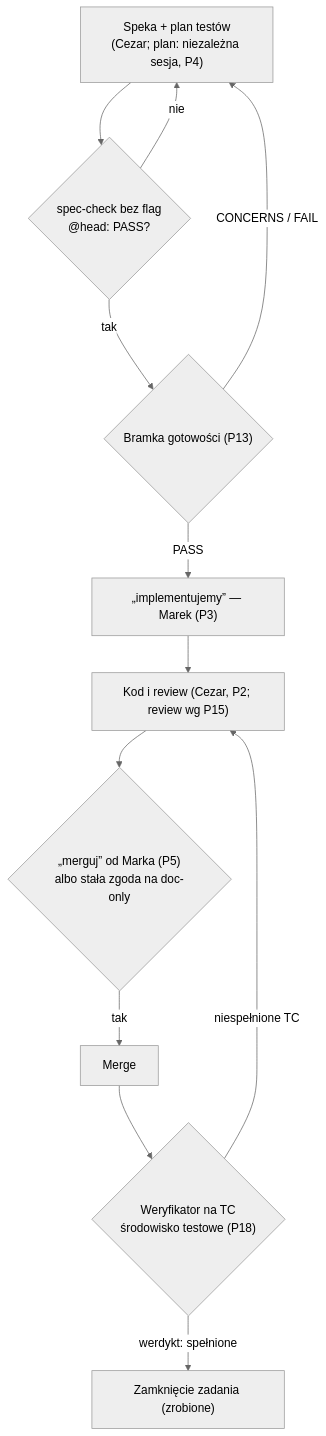
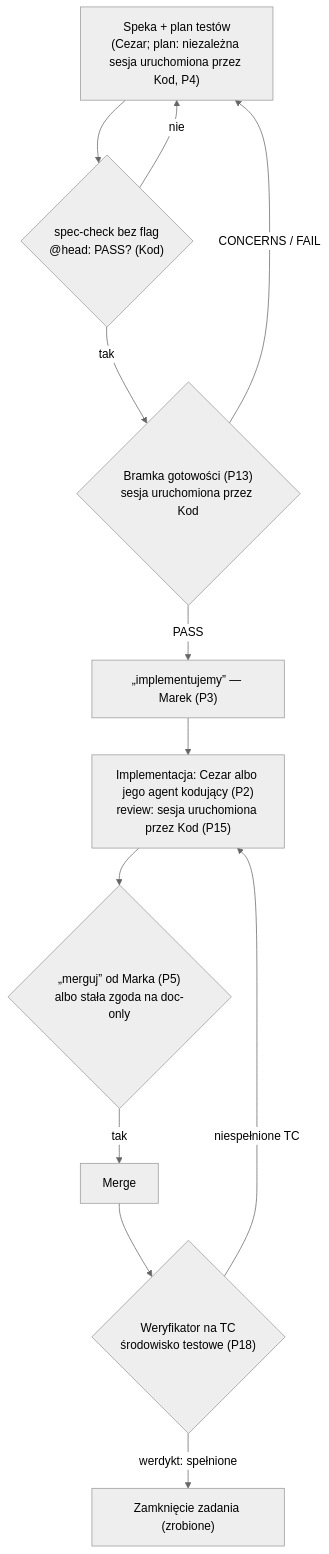
Before and after one commit to AdamskiMarek/open-mercato: the first of 2 diagrams in .ai/process/workflow.md, drawn with Mermaid (neutral theme). The commit also changed other lines of this file and 2 other files, not shown here.

Commit message:
docs(process): role Cezar / Kod / Weryfikator — P23, P8 i P22 doprecyzowane, workflow i agent-rules (Z13) bez Kod jako runnera/budującego; źródło P18/P22 — Marek 2026-10-31 (via Koordynator)

````diff
--- a/.ai/process/workflow.md
+++ b/.ai/process/workflow.md
@@ -7,14 +15,14 @@
 ```mermaid
 flowchart TD
-    spec["Speka + plan testów<br/>(Cezar; plan: niezależna sesja, P4)"] --> sc{"spec-check bez flag<br/>@head: PASS?"}
+    spec["Speka + plan testów<br/>(Cezar; plan: niezależna sesja uruchomiona przez Kod, P4)"] --> sc{"spec-check bez flag<br/>@head: PASS? (Kod)"}
     sc -- "nie" --> spec
-    sc -- "tak" --> gate{"Bramka gotowości (P13)"}
+    sc -- "tak" --> gate{"Bramka gotowości (P13)<br/>sesja uruchomiona przez Kod"}
     gate -- "CONCERNS / FAIL" --> spec
     gate -- "PASS" --> impl["„implementujemy” — Marek (P3)"]
-    impl --> code["Kod i review (Cezar, P2; review wg P15)"]
+    impl --> code["Implementacja: Cezar albo jego agent kodujący (P2)<br/>review: sesja uruchomiona przez Kod (P15)"]
     code --> merge{"„merguj” od Marka (P5)<br/>albo stała zgoda na doc-only"}
     merge -- "tak" --> m["Merge"]
     m --> qa{"Weryfikator na TC<br/>środowisko testowe (P18)"}
     qa -- "niespełnione TC" --> code
     qa -- "werdykt: spełnione" --> done["Zamknięcie zadania (zrobione)"]
 ```
````
